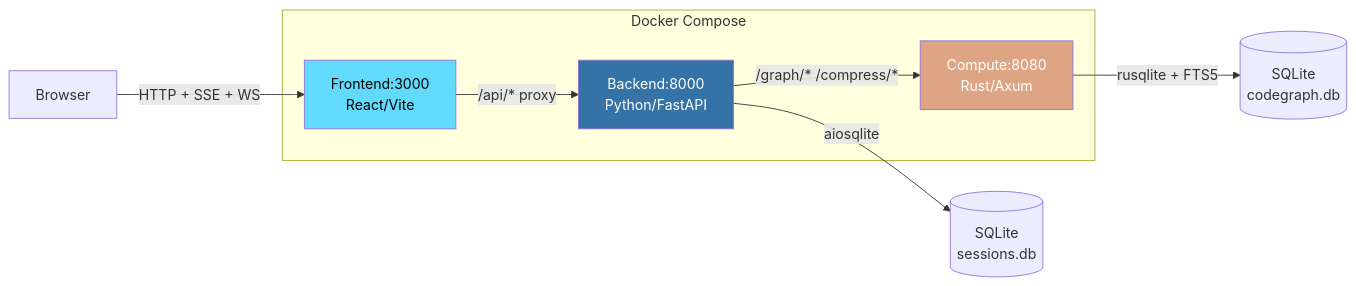
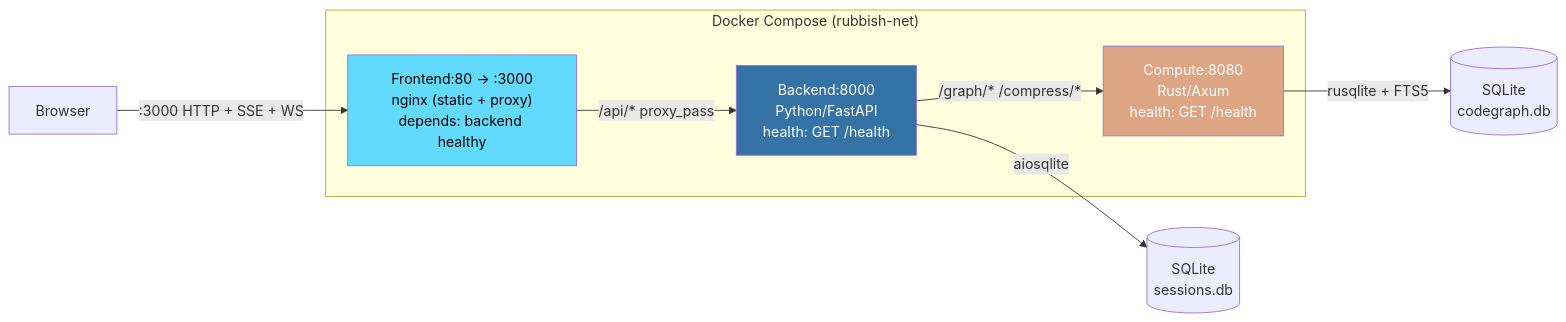
One commit to YV3507/rubbish changed the first of 5 diagrams in docs/ARCHITECTURE.md. Above: the diagram before and after it, drawn with Mermaid. The commit also changed other lines of this file and 13 other files, not shown here.

````diff
--- a/docs/ARCHITECTURE.md
+++ b/docs/ARCHITECTURE.md
@@ -5,18 +5,18 @@
 ```mermaid
 graph LR
-    subgraph "Docker Compose"
-        BE["Backend:8000<br/>Python/FastAPI"]
-        CN["Compute:8080<br/>Rust/Axum"]
-        FE["Frontend:3000<br/>React/Vite"]
+    subgraph "Docker Compose (rubbish-net)"
+        BE["Backend:8000<br/>Python/FastAPI<br/>health: GET /health"]
+        CN["Compute:8080<br/>Rust/Axum<br/>health: GET /health"]
+        FE["Frontend:80 → :3000<br/>nginx (static + proxy)<br/>depends: backend healthy"]
     end
 
-    USER["Browser"] -->|HTTP + SSE + WS| FE
-    FE -->|"/api/*" proxy| BE
+    USER["Browser"] -->|":3000" HTTP + SSE + WS| FE
+    FE -->|"/api/*" proxy_pass| BE
     BE -->|"/graph/* /compress/*"| CN
     BE -->|"aiosqlite"| SQLITE[("SQLite<br/>sessions.db")]
     CN -->|"rusqlite + FTS5"| DB[("SQLite<br/>codegraph.db")]
 
     style BE fill:#3572A5,color:#fff
     style CN fill:#DEA584,color:#fff
     style FE fill:#61DAFB,color:#000
 ```
````
